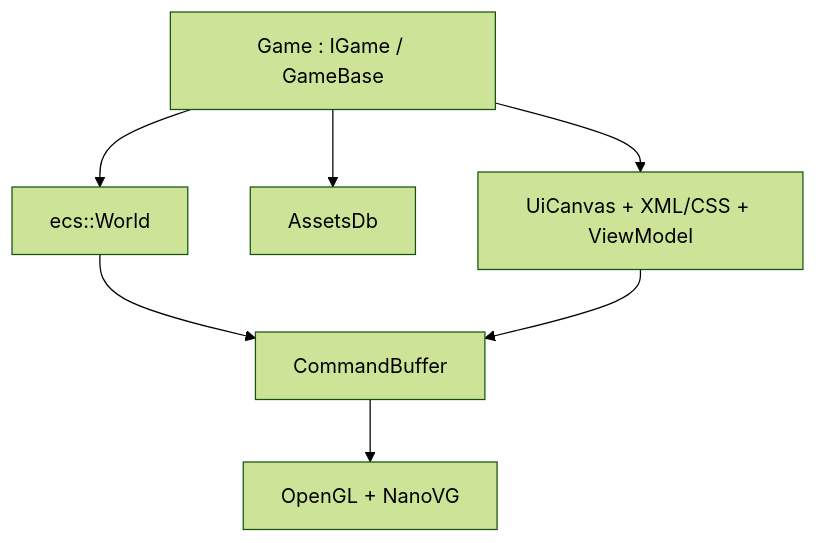
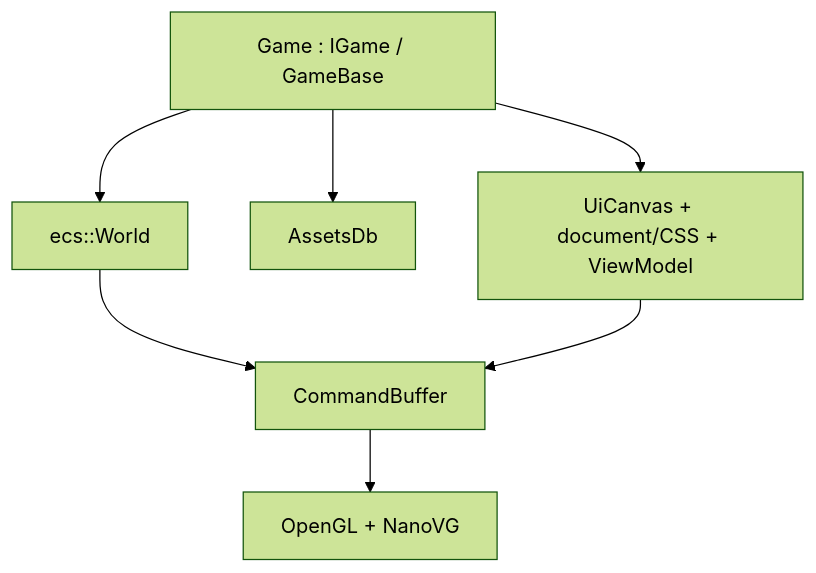
One commit to wismh/wind-engine changed the diagram in docs/tech/architecture/Overview.md. Above: the diagram before and after it, drawn with Mermaid (forest theme). The commit also changed other lines of this file and 16 other files, not shown here.

````diff
--- a/docs/tech/architecture/Overview.md
+++ b/docs/tech/architecture/Overview.md
@@ -22,16 +22,16 @@
 ```mermaid
 flowchart TB
   Game["Game : IGame / GameBase"]
   World["ecs::World"]
   Assets["AssetsDb"]
-  UI["UiCanvas + XML/CSS + ViewModel"]
+  UI["UiCanvas + document/CSS + ViewModel"]
   Cmd["CommandBuffer"]
   GL["OpenGL + NanoVG"]
 
   Game --> World
   Game --> Assets
   Game --> UI
   World --> Cmd
   UI --> Cmd
   Cmd --> GL
 ```
````
